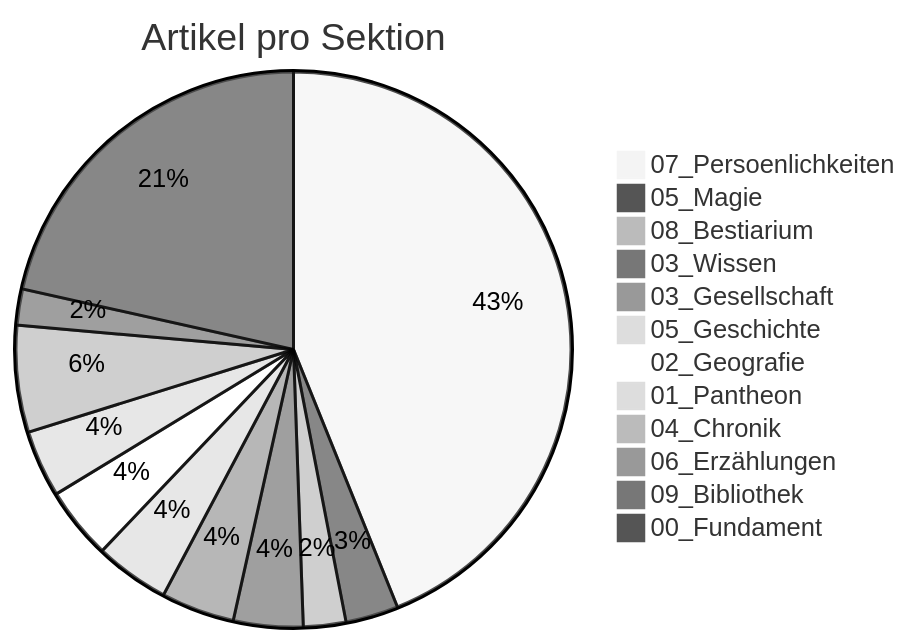
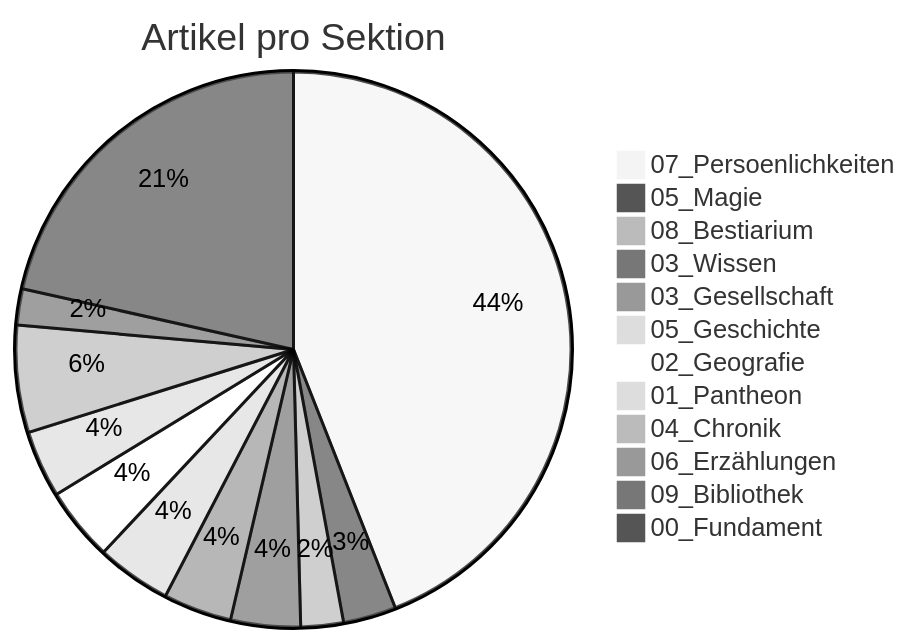
One commit to Siebenwind/7w_wiki changed the diagram in docs/Siebenwind_Wiki/10_Archiv/Wiki_Statistiken.md. Above: the diagram before and after it, drawn with Mermaid (neutral theme). The commit also changed other lines of this file and 1394 other files, not shown here.

````diff
--- a/docs/Siebenwind_Wiki/10_Archiv/Wiki_Statistiken.md
+++ b/docs/Siebenwind_Wiki/10_Archiv/Wiki_Statistiken.md
@@ -40,15 +39,15 @@
 ```mermaid
 pie title Artikel pro Sektion
     "07_Persoenlichkeiten" : 586
     "05_Magie" : 41
     "08_Bestiarium" : 33
     "03_Wissen" : 54
-    "03_Gesellschaft" : 57
+    "03_Gesellschaft" : 53
     "05_Geschichte" : 58
-    "02_Geografie" : 56
+    "02_Geografie" : 57
     "01_Pantheon" : 52
     "04_Chronik" : 83
     "06_Erzählungen" : 13
     "09_Bibliothek" : 28
-    "00_Fundament" : 287
+    "00_Fundament" : 286
 ```
````
